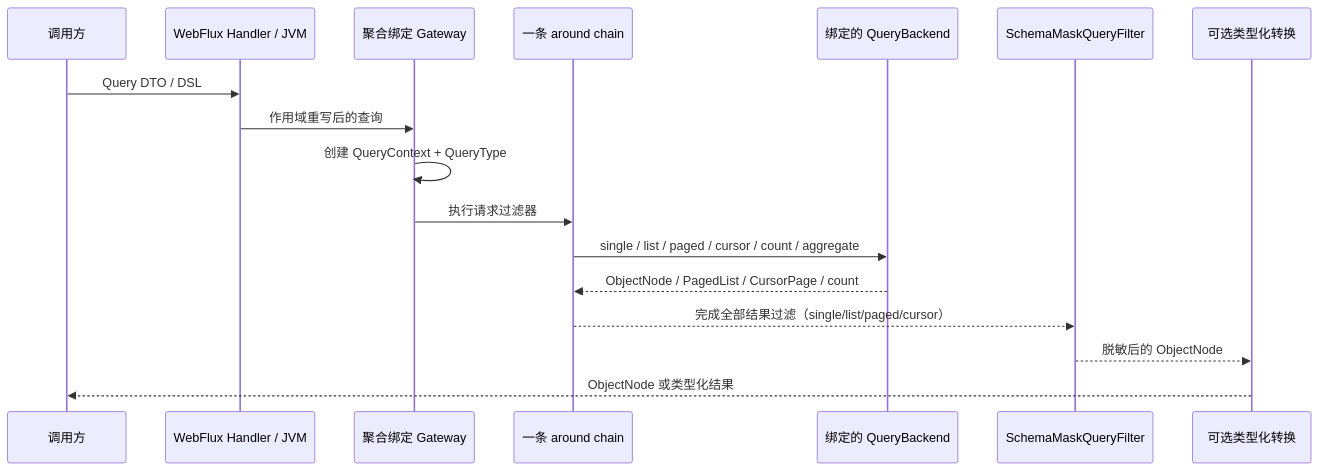
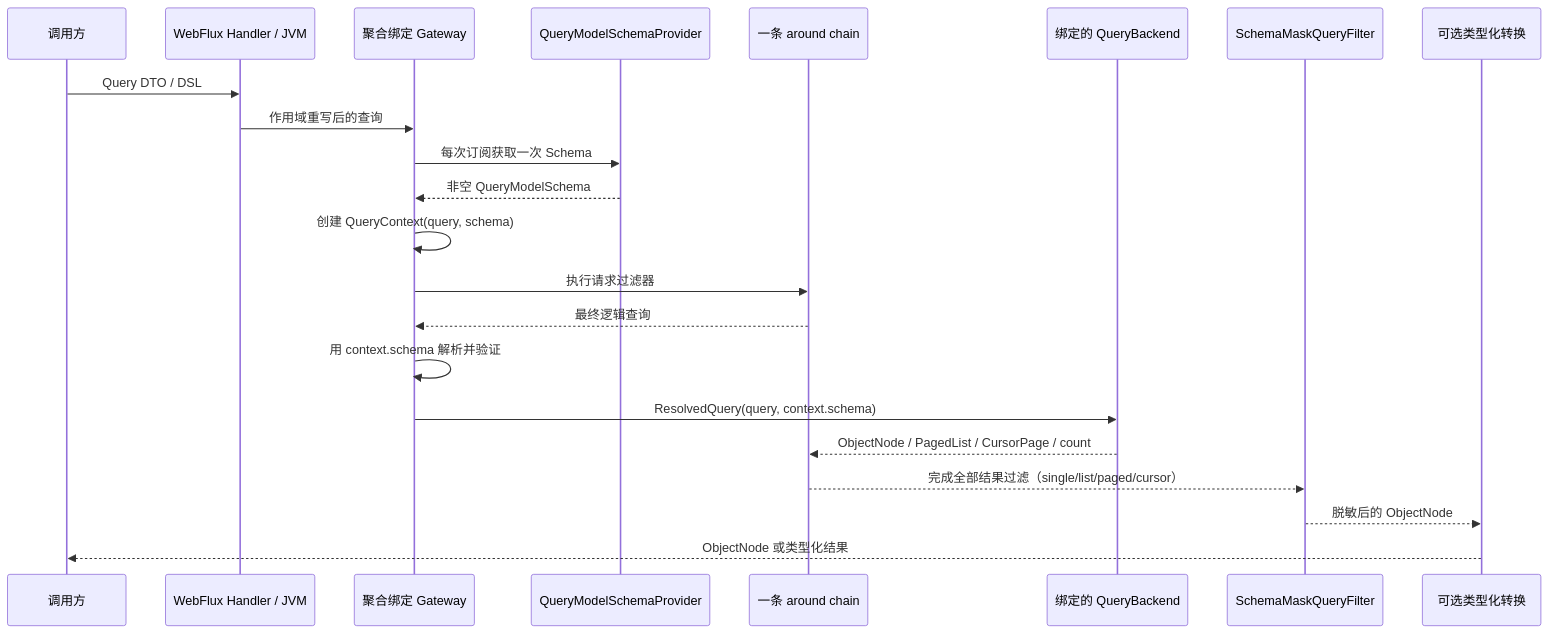
Before and after one commit to Ahoo-Wang/Wow: the diagram in documentation/docs/zh/guide/query/query-gateway.md, drawn with Mermaid. The commit also changed other lines of this file and 10 other files, not shown here.

Commit message:
docs(query): document resolved query backend boundary

````diff
--- a/documentation/docs/zh/guide/query/query-gateway.md
+++ b/documentation/docs/zh/guide/query/query-gateway.md
@@ -18,19 +18,24 @@
 ```mermaid
 sequenceDiagram
     participant Caller as 调用方
     participant Entry as WebFlux Handler / JVM
     participant Gateway as 聚合绑定 Gateway
+    participant Provider as QueryModelSchemaProvider
     participant Filters as 一条 around chain
     participant Backend as 绑定的 QueryBackend
     participant Mask as SchemaMaskQueryFilter
     participant Jackson as 可选类型化转换
     Caller->>Entry: Query DTO / DSL
     Entry->>Gateway: 作用域重写后的查询
-    Gateway->>Gateway: 创建 QueryContext + QueryType
+    Gateway->>Provider: 每次订阅获取一次 Schema
+    Provider-->>Gateway: 非空 QueryModelSchema
+    Gateway->>Gateway: 创建 QueryContext(query, schema)
     Gateway->>Filters: 执行请求过滤器
-    Filters->>Backend: single / list / paged / cursor / count / aggregate
+    Filters-->>Gateway: 最终逻辑查询
+    Gateway->>Gateway: 用 context.schema 解析并验证
+    Gateway->>Backend: ResolvedQuery(query, context.schema)
     Backend-->>Filters: ObjectNode / PagedList / CursorPage / count
     Filters-->>Mask: 完成全部结果过滤（single/list/paged/cursor）
     Mask-->>Jackson: 脱敏后的 ObjectNode
     Jackson-->>Caller: ObjectNode 或类型化结果
 ```
````
